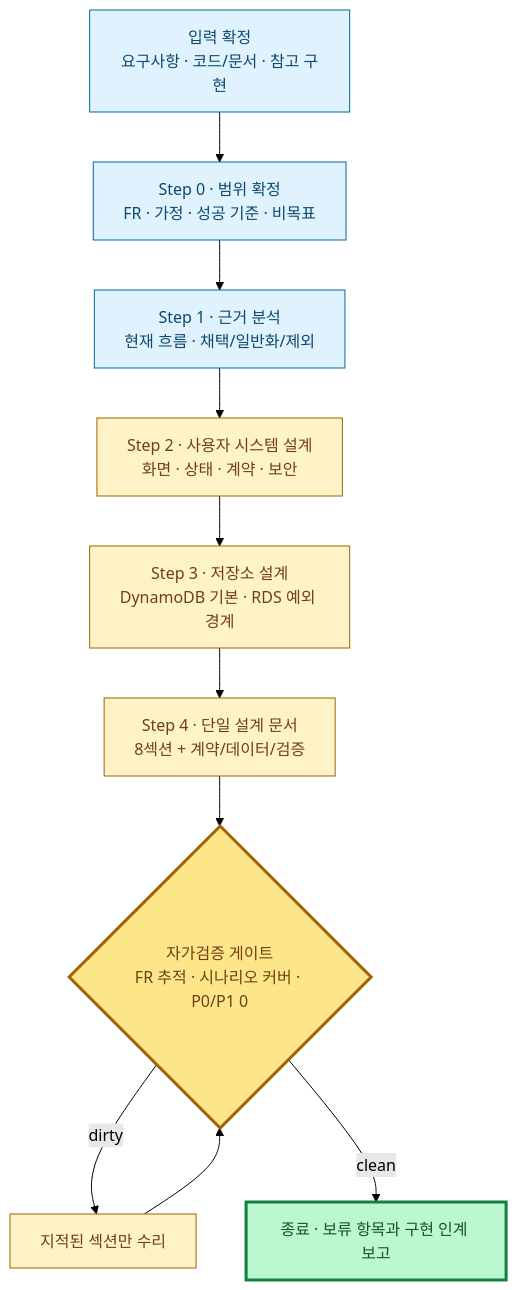
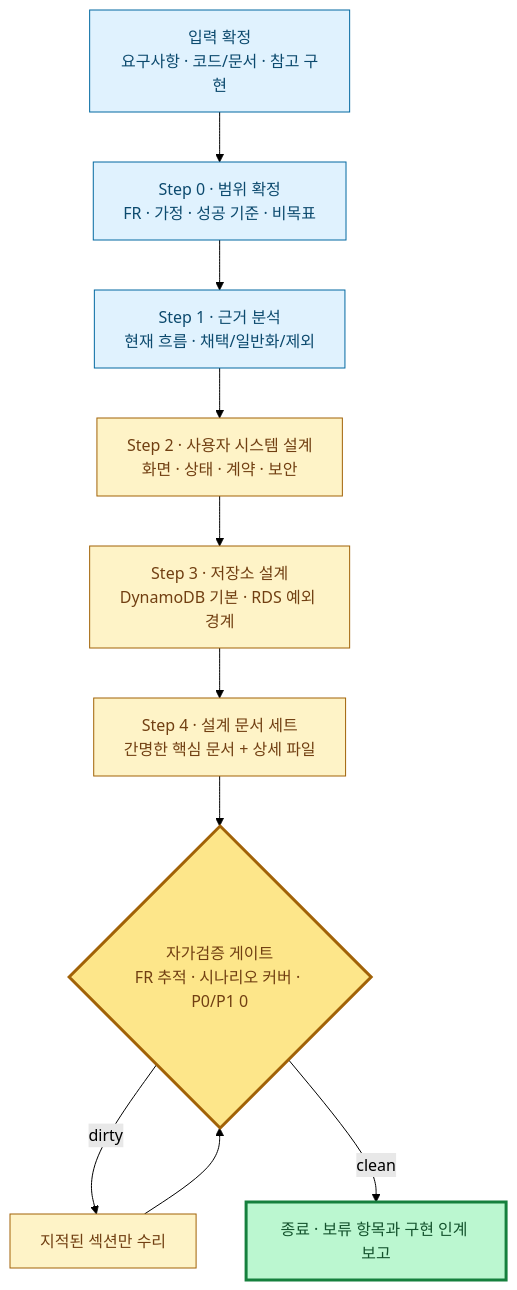
One commit to ryujt/project-guides changed the diagram in prompts/frontend-user-design-prompt.md. Above: the diagram before and after it, drawn with Mermaid (forest theme). The commit also changed other lines of this file and 3 other files, not shown here.

````diff
--- a/prompts/frontend-user-design-prompt.md
+++ b/prompts/frontend-user-design-prompt.md
@@ -63,23 +63,23 @@
 ```mermaid
 flowchart TB
   IN["입력 확정<br/>요구사항 · 코드/문서 · 참고 구현"]
   S0["Step 0 · 범위 확정<br/>FR · 가정 · 성공 기준 · 비목표"]
   S1["Step 1 · 근거 분석<br/>현재 흐름 · 채택/일반화/제외"]
   S2["Step 2 · 사용자 시스템 설계<br/>화면 · 상태 · 계약 · 보안"]
   S3["Step 3 · 저장소 설계<br/>DynamoDB 기본 · RDS 예외 경계"]
-  DOC["Step 4 · 단일 설계 문서<br/>8섹션 + 계약/데이터/검증"]
+  DOC["Step 4 · 설계 문서 세트<br/>간명한 핵심 문서 + 상세 파일"]
   GATE{"자가검증 게이트<br/>FR 추적 · 시나리오 커버 · P0/P1 0"}
   FIX["지적된 섹션만 수리"]
   DONE["종료 · 보류 항목과 구현 인계 보고"]
   IN --> S0 --> S1 --> S2 --> S3 --> DOC --> GATE
   GATE -->|dirty| FIX --> GATE
   GATE -->|clean| DONE
   classDef prep fill:#e0f2fe,stroke:#0369a1,color:#0c4a6e
   classDef main fill:#fef3c7,stroke:#a16207,color:#713f12
   classDef gate fill:#fde68a,stroke:#a16207,stroke-width:3px,color:#713f12
   classDef done fill:#bbf7d0,stroke:#15803d,stroke-width:3px,color:#14532d
   class IN,S0,S1 prep
   class S2,S3,DOC,FIX main
   class GATE gate
   class DONE done
 ```
````
